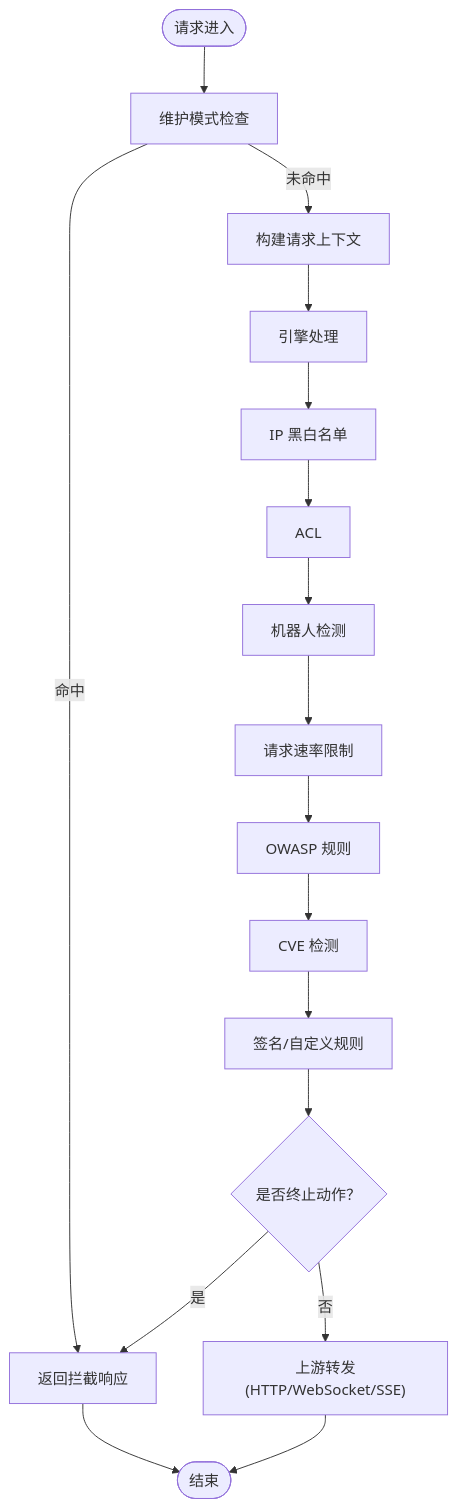
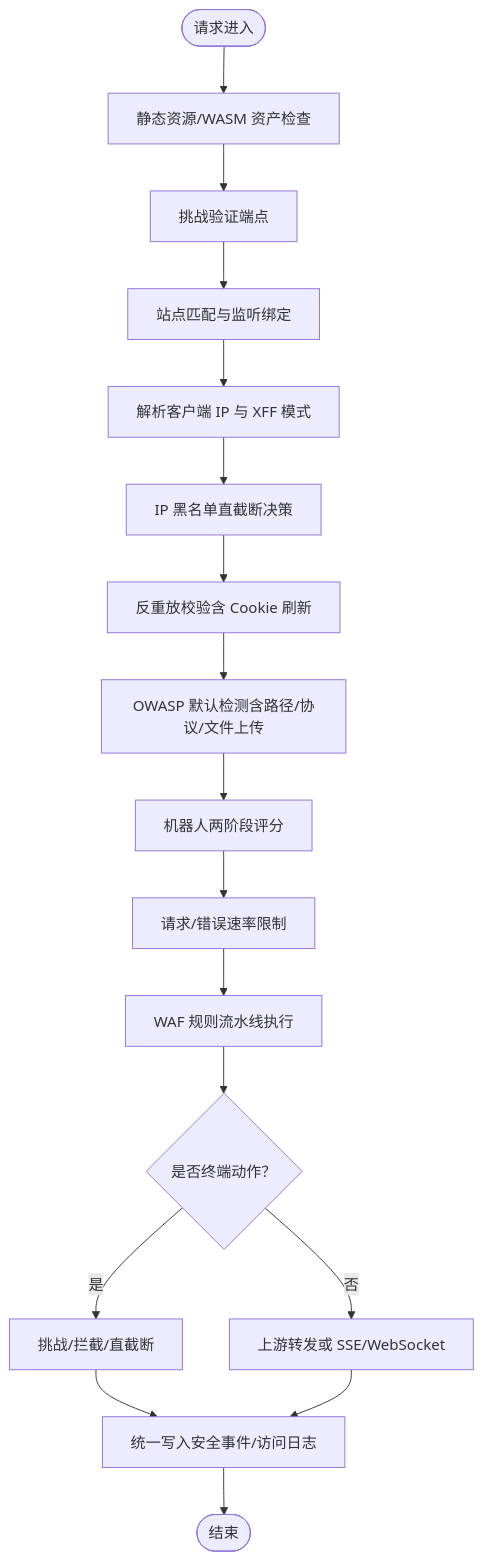
One commit to x01n/My-OpenWaf changed the third of 5 diagrams in docs/项目概述/技术架构.md. Above: the diagram before and after it, drawn with Mermaid. The commit also changed other lines of this file and 199 other files, not shown here.

````diff
--- a/docs/项目概述/技术架构.md
+++ b/docs/项目概述/技术架构.md
@@ -262,19 +157,19 @@
 ```mermaid
 flowchart TD
-Start(["请求进入"]) --> MaintCheck["维护模式检查"]
-MaintCheck --> |命中| Block["返回拦截响应"]
-MaintCheck --> |未命中| BuildCtx["构建请求上下文"]
-BuildCtx --> Engine["引擎处理"]
-Engine --> Ph1["IP 黑白名单"]
-Ph1 --> Ph2["ACL"]
-Ph2 --> Ph3["机器人检测"]
-Ph3 --> Ph4["请求速率限制"]
-Ph4 --> Ph5["OWASP 规则"]
-Ph5 --> Ph6["CVE 检测"]
-Ph6 --> Ph7["签名/自定义规则"]
-Ph7 --> Decision{"是否终止动作？"}
-Decision --> |是| Block
-Decision --> |否| Proxy["上游转发(HTTP/WebSocket/SSE)"]
-Block --> End(["结束"])
-Proxy --> End
+Start(["请求进入"]) --> StaticCheck["静态资源/WASM 资产检查"]
+StaticCheck --> ChallengeVerify["挑战验证端点"]
+ChallengeVerify --> SiteMatch["站点匹配与监听绑定"]
+SiteMatch --> ClientIP["解析客户端 IP 与 XFF 模式"]
+ClientIP --> IPReputation["IP 黑名单直截断决策"]
+IPReputation --> AntiReplay["反重放校验含 Cookie 刷新"]
+AntiReplay --> OWASPDefault["OWASP 默认检测含路径/协议/文件上传"]
+OWASPDefault --> BotPhase["机器人两阶段评分"]
+BotPhase --> RateLimit["请求/错误速率限制"]
+RateLimit --> PipelineRun["WAF 规则流水线执行"]
+PipelineRun --> Decision{"是否终端动作？"}
+Decision --> |是| TerminalAction["挑战/拦截/直截断"]
+Decision --> |否| Upstream["上游转发或 SSE/WebSocket"]
+TerminalAction --> WriteEvents["统一写入安全事件/访问日志"]
+Upstream --> WriteEvents
+WriteEvents --> End(["结束"])
 ```
````
